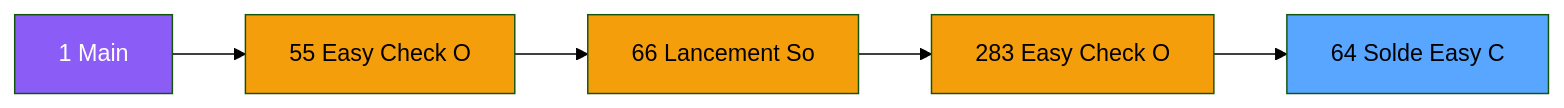
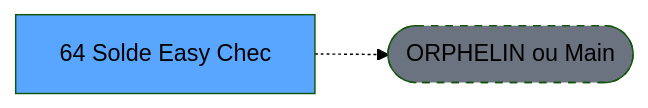
One commit to thonyAGP/lecteur-magic changed the second of 3 diagrams in .openspec/specs/ADH-IDE-64.md. Above: the diagram before and after it, drawn with Mermaid (forest theme). The commit also changed other lines of this file and 701 other files, not shown here.

````diff
--- a/.openspec/specs/ADH-IDE-64.md
+++ b/.openspec/specs/ADH-IDE-64.md
@@ -150,17 +138,8 @@
 ```mermaid
 graph LR
-    M[1 Main]
-    N55[55 Easy Check O]
-    N66[66 Lancement So]
-    N283[283 Easy Check O]
-    T[64 Solde Easy C]
-    M --> N55
-    N55 --> N66
-    N66 --> N283
-    N283 --> T
-    style M fill:#8b5cf6,color:#fff
-    style N55 fill:#f59e0b
-    style N66 fill:#f59e0b
-    style N283 fill:#f59e0b
+    T[64 Solde Easy Chec]
+    ORPHAN([ORPHELIN ou Main])
+    T -.-> ORPHAN
     style T fill:#58a6ff,color:#000
+    style ORPHAN fill:#6b7280,stroke-dasharray: 5 5
 ```
````
